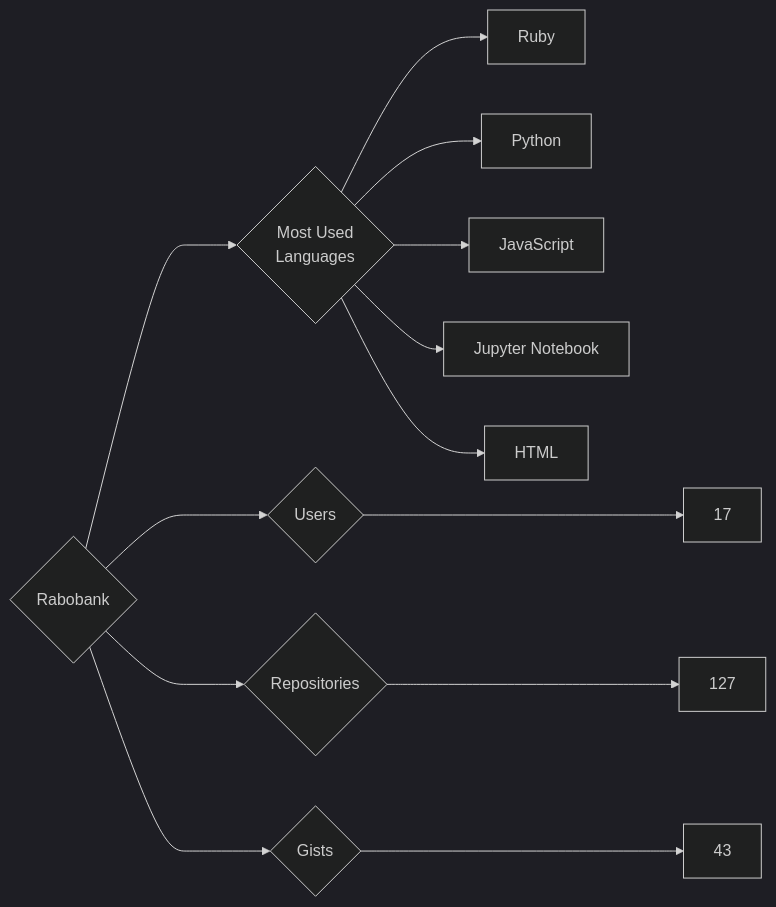
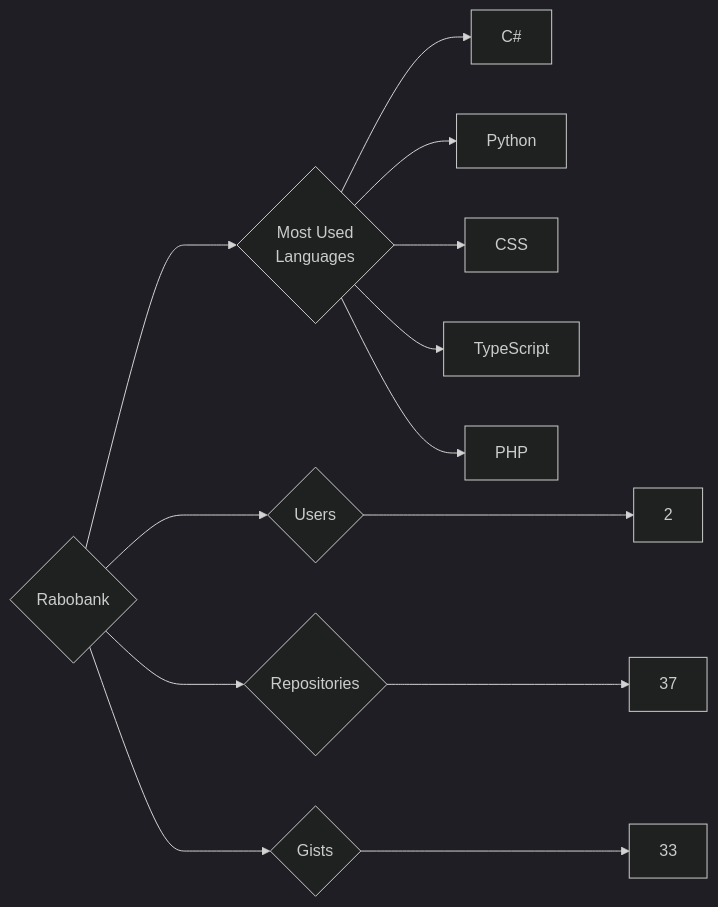
Before and after one commit to trickest/insiders: the diagram in targets/Rabobank/README.md, drawn with Mermaid (dark theme). The commit also changed 995 other files, not shown here.

````diff
--- a/targets/Rabobank/README.md
+++ b/targets/Rabobank/README.md
@@ -3,13 +3,13 @@
 ```mermaid
 graph LR
 COMPANY_NAME{Rabobank}
-COMPANY_NAME ---> U{Users} ---> UN[17]
-COMPANY_NAME ---> R{Repositories} ---> RN[127]
-COMPANY_NAME ---> G{Gists} ---> GN[43]
+COMPANY_NAME ---> U{Users} ---> UN[2]
+COMPANY_NAME ---> R{Repositories} ---> RN[37]
+COMPANY_NAME ---> G{Gists} ---> GN[33]
 COMPANY_NAME ---> ML{Most Used<br>Languages}
-ML --> Ruby[Ruby]
+ML --> C#[C#]
 ML --> Python[Python]
-ML --> JavaScript[JavaScript]
-ML --> Jupyter_Notebook[Jupyter Notebook]
-ML --> HTML[HTML]
+ML --> CSS[CSS]
+ML --> TypeScript[TypeScript]
+ML --> PHP[PHP]
 ```
````
